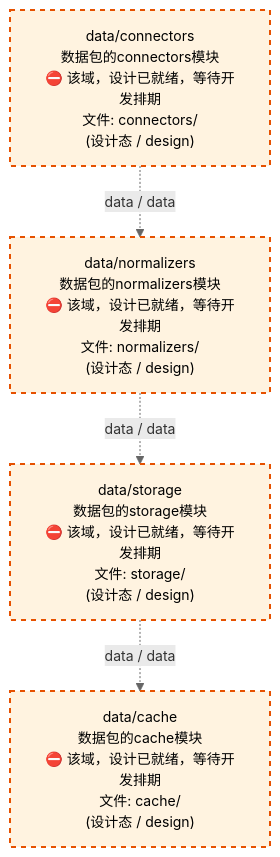
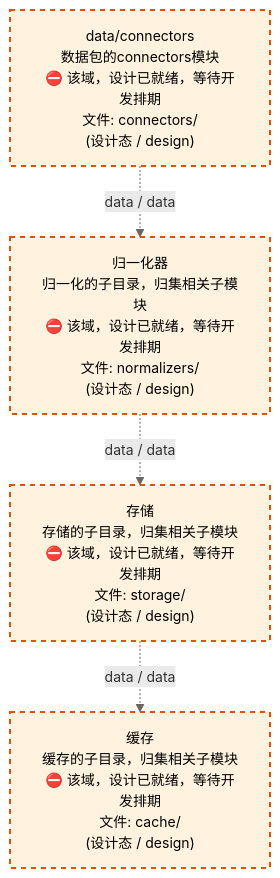
One commit to xuanFelixVan/ZephyrAlpha changed the third of 4 diagrams in docs/02_enterprise_architecture/02_domain_architecture_docs/11_d_data.md. Above: the diagram before and after it, drawn with Mermaid. The commit also changed other lines of this file and 54 other files, not shown here.

````diff
--- a/docs/02_enterprise_architecture/02_domain_architecture_docs/11_d_data.md
+++ b/docs/02_enterprise_architecture/02_domain_architecture_docs/11_d_data.md
@@ -1291,16 +1291,16 @@
 ```mermaid
 %%{init: {'theme': 'base', 'themeVariables': {'primaryColor': '#eaeaea', 'primaryTextColor': '#333333', 'primaryBorderColor': '#666666', 'lineColor': '#666666', 'secondaryColor': '#eaeaea', 'tertiaryColor': '#eaeaea', 'fontSize': '14px'}}}%%
 flowchart TD
     src_zephyr_data_connectors["data/connectors<br/>数据包的connectors模块<br/>⛔ 该域，设计已就绪，等待开发排期<br/>文件: connectors/<br/>(设计态 / design)"]
-    src_zephyr_data_normalizers["data/normalizers<br/>数据包的normalizers模块<br/>⛔ 该域，设计已就绪，等待开发排期<br/>文件: normalizers/<br/>(设计态 / design)"]
-    src_zephyr_data_storage["data/storage<br/>数据包的storage模块<br/>⛔ 该域，设计已就绪，等待开发排期<br/>文件: storage/<br/>(设计态 / design)"]
-    src_zephyr_data_cache["data/cache<br/>数据包的cache模块<br/>⛔ 该域，设计已就绪，等待开发排期<br/>文件: cache/<br/>(设计态 / design)"]
+    src_zephyr_data_normalizers["归一化器<br/>归一化的子目录，归集相关子模块<br/>⛔ 该域，设计已就绪，等待开发排期<br/>文件: normalizers/<br/>(设计态 / design)"]
+    src_zephyr_data_storage["存储<br/>存储的子目录，归集相关子模块<br/>⛔ 该域，设计已就绪，等待开发排期<br/>文件: storage/<br/>(设计态 / design)"]
+    src_zephyr_data_cache["缓存<br/>缓存的子目录，归集相关子模块<br/>⛔ 该域，设计已就绪，等待开发排期<br/>文件: cache/<br/>(设计态 / design)"]
     src_zephyr_data_connectors -.->|data / data| src_zephyr_data_normalizers
     src_zephyr_data_normalizers -.->|data / data| src_zephyr_data_storage
     src_zephyr_data_storage -.->|data / data| src_zephyr_data_cache
     classDef production fill:#e1f5fe,stroke:#01579b,stroke-width:2px,color:#000
     classDef design fill:#fff3e0,stroke:#e65100,stroke-width:2px,color:#000,stroke-dasharray: 5 5
     classDef external_prod fill:#e8f4fd,stroke:#0277bd,stroke-width:1px,color:#000
     classDef external_design fill:#fff8e7,stroke:#ef6c00,stroke-width:1px,color:#000,stroke-dasharray: 5 5
     class src_zephyr_data_cache,src_zephyr_data_connectors,src_zephyr_data_normalizers,src_zephyr_data_storage design
 ```
````
